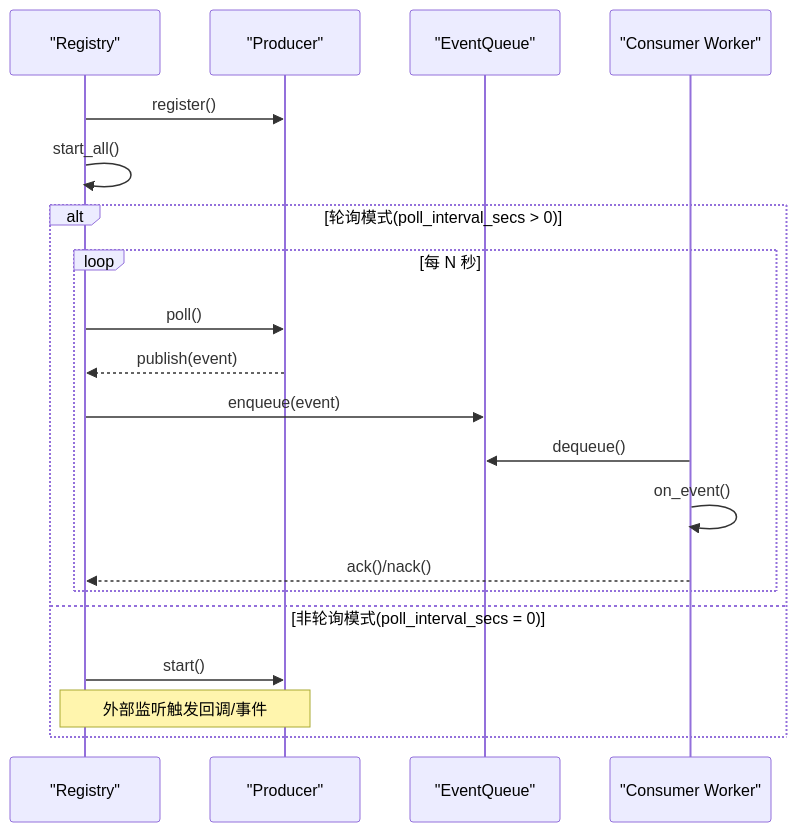
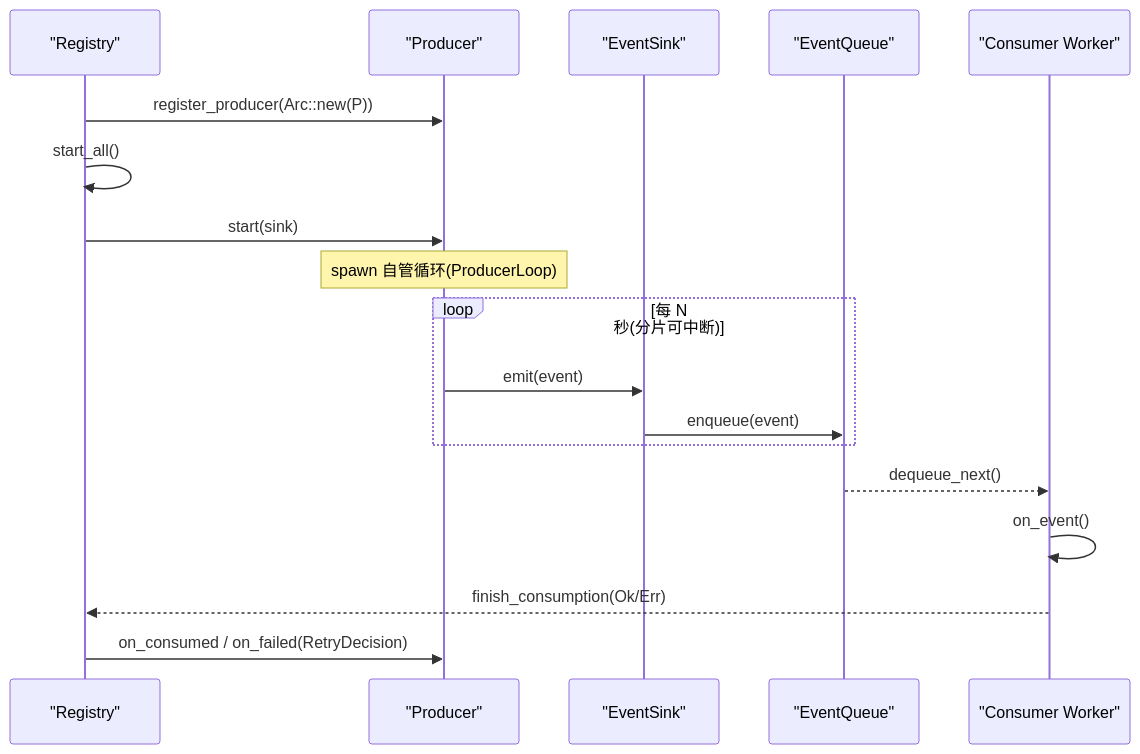
One commit to runningcoders/ai_orz changed the second of 6 diagrams in docs/wiki/zh/content/核心模块/AOP 事件系统/生产者机制.md. Above: the diagram before and after it, drawn with Mermaid. The commit also changed other lines of this file and 37 other files, not shown here.

````diff
--- a/docs/wiki/zh/content/核心模块/AOP 事件系统/生产者机制.md
+++ b/docs/wiki/zh/content/核心模块/AOP 事件系统/生产者机制.md
@@ -94,22 +112,20 @@
 ```mermaid
 sequenceDiagram
 participant Reg as "Registry"
 participant Prod as "Producer"
+participant Sink as "EventSink"
 participant Queue as "EventQueue"
 participant Cons as "Consumer Worker"
-Reg->>Prod : register()
+Reg->>Prod : register_producer(Arc::new(P))
 Reg->>Reg : start_all()
-alt 轮询模式(poll_interval_secs > 0)
-loop 每 N 秒
-Reg->>Prod : poll()
-Prod-->>Reg : publish(event)
-Reg->>Queue : enqueue(event)
-Cons->>Queue : dequeue()
+Reg->>Prod : start(sink)
+Note over Prod : spawn 自管循环(ProducerLoop)
+loop 每 N 秒(分片可中断)
+Prod->>Sink : emit(event)
+Sink->>Queue : enqueue(event)
+end
+Queue-->>Cons : dequeue_next()
 Cons->>Cons : on_event()
-Cons-->>Reg : ack()/nack()
-end
-else 非轮询模式(poll_interval_secs = 0)
-Reg->>Prod : start()
-Note over Prod,Reg : 外部监听触发回调/事件
-end
+Cons-->>Reg : finish_consumption(Ok/Err)
+Reg->>Prod : on_consumed / on_failed(RetryDecision)
 ```
````
